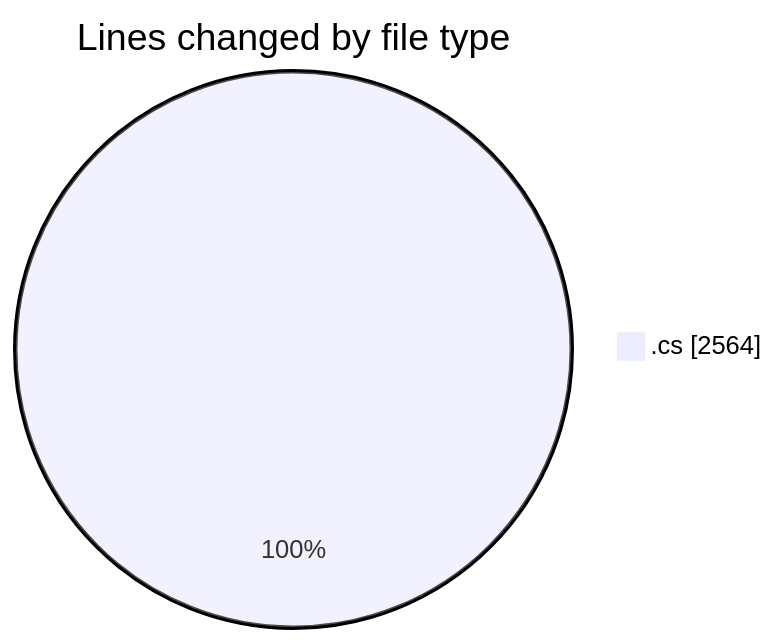
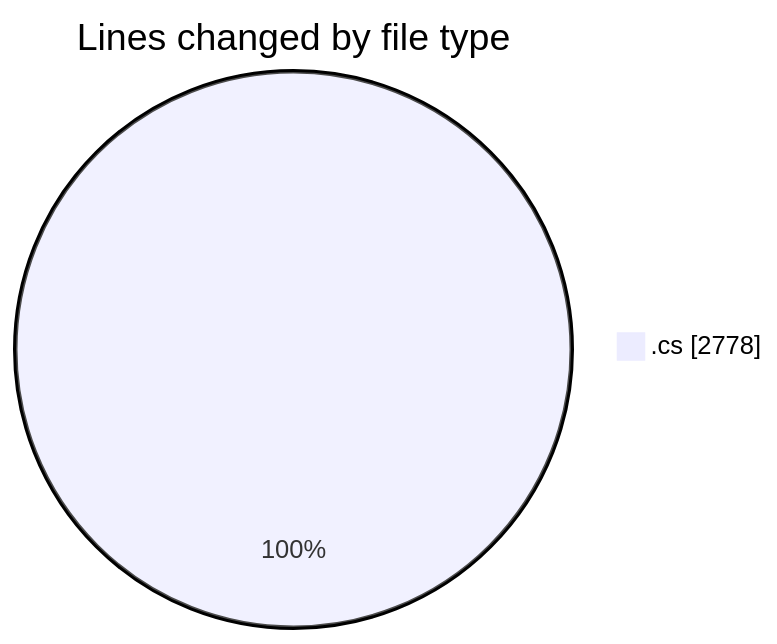
The first of 2 diagrams in 2025-04-01/back-end/README.md (Netris89/code-tracking), drawn with Mermaid before and after one commit. The commit also changed other lines of this file and 1 other file, not shown here.

````diff
--- a/2025-04-01/back-end/README.md
+++ b/2025-04-01/back-end/README.md
@@ -30,5 +30,5 @@
 ```mermaid
 pie showData
 title Lines changed by file type
-".cs" : 2564
+".cs" : 2778
 ```
````
